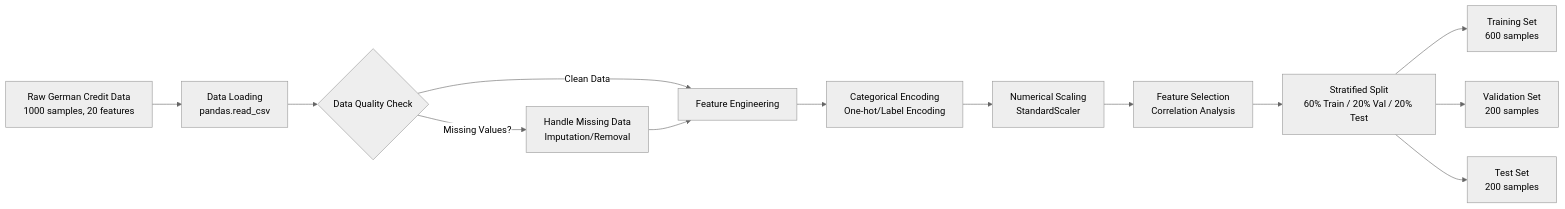
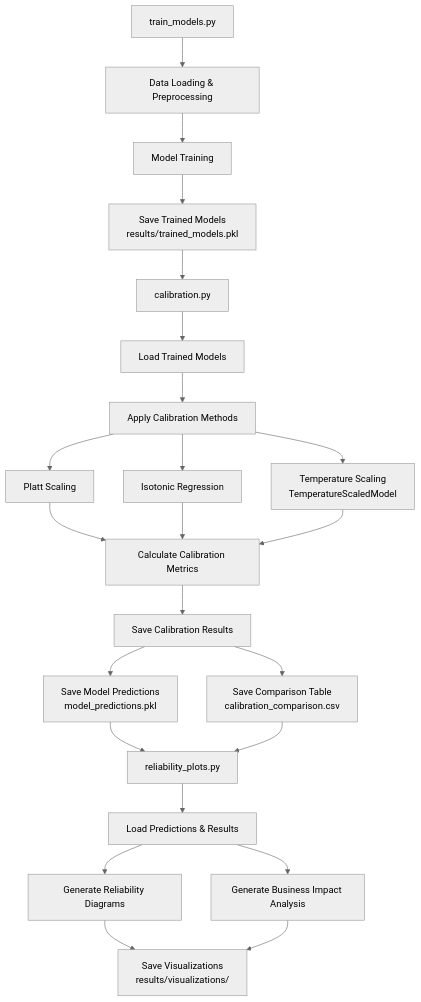
Before and after one commit to Suryam1976/credit_scoring_experiment: the second of 9 diagrams in docs/FLOW_DIAGRAM.md, drawn with Mermaid (neutral theme). The commit also changed other lines of this file and 14 other files, not shown here.

Commit message:
Added temperature scaling and updated docs

````diff
--- a/docs/FLOW_DIAGRAM.md
+++ b/docs/FLOW_DIAGRAM.md
@@ -47,17 +47,30 @@
 ```mermaid
-graph LR
-    A[Raw German Credit Data<br/>1000 samples, 20 features] --> B[Data Loading<br/>pandas.read_csv]
-    B --> C{Data Quality Check}
-    C -->|Missing Values?| D[Handle Missing Data<br/>Imputation/Removal]
-    C -->|Clean Data| E[Feature Engineering]
-    D --> E
+graph TB
+    A[train_models.py] --> B[Data Loading & Preprocessing]
+    B --> C[Model Training]
+    C --> D[Save Trained Models<br/>results/trained_models.pkl]
     
-    E --> F[Categorical Encoding<br/>One-hot/Label Encoding]
-    F --> G[Numerical Scaling<br/>StandardScaler]
-    G --> H[Feature Selection<br/>Correlation Analysis]
+    D --> E[calibration.py]
+    E --> F[Load Trained Models]
+    F --> G[Apply Calibration Methods]
+    G --> G1[Platt Scaling]
+    G --> G2[Isotonic Regression]
+    G --> G3[Temperature Scaling<br/>TemperatureScaledModel]
     
-    H --> I[Stratified Split<br/>60% Train / 20% Val / 20% Test]
-    I --> J[Training Set<br/>600 samples]
-    I --> K[Validation Set<br/>200 samples]
-    I --> L[Test Set<br/>200 samples]
+    G1 --> H[Calculate Calibration Metrics]
+    G2 --> H
+    G3 --> H
+    
+    H --> I[Save Calibration Results]
+    I --> I1[Save Model Predictions<br/>model_predictions.pkl]
+    I --> I2[Save Comparison Table<br/>calibration_comparison.csv]
+    
+    I1 --> J[reliability_plots.py]
+    I2 --> J
+    J --> K[Load Predictions & Results]
+    K --> L[Generate Reliability Diagrams]
+    K --> M[Generate Business Impact Analysis]
+    
+    L --> N[Save Visualizations<br/>results/visualizations/]
+    M --> N
 ```
````
